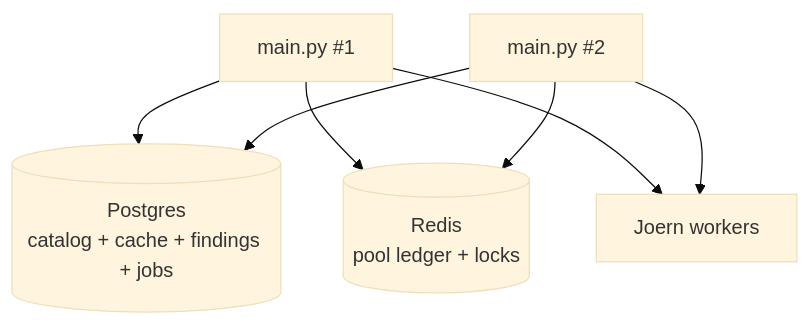
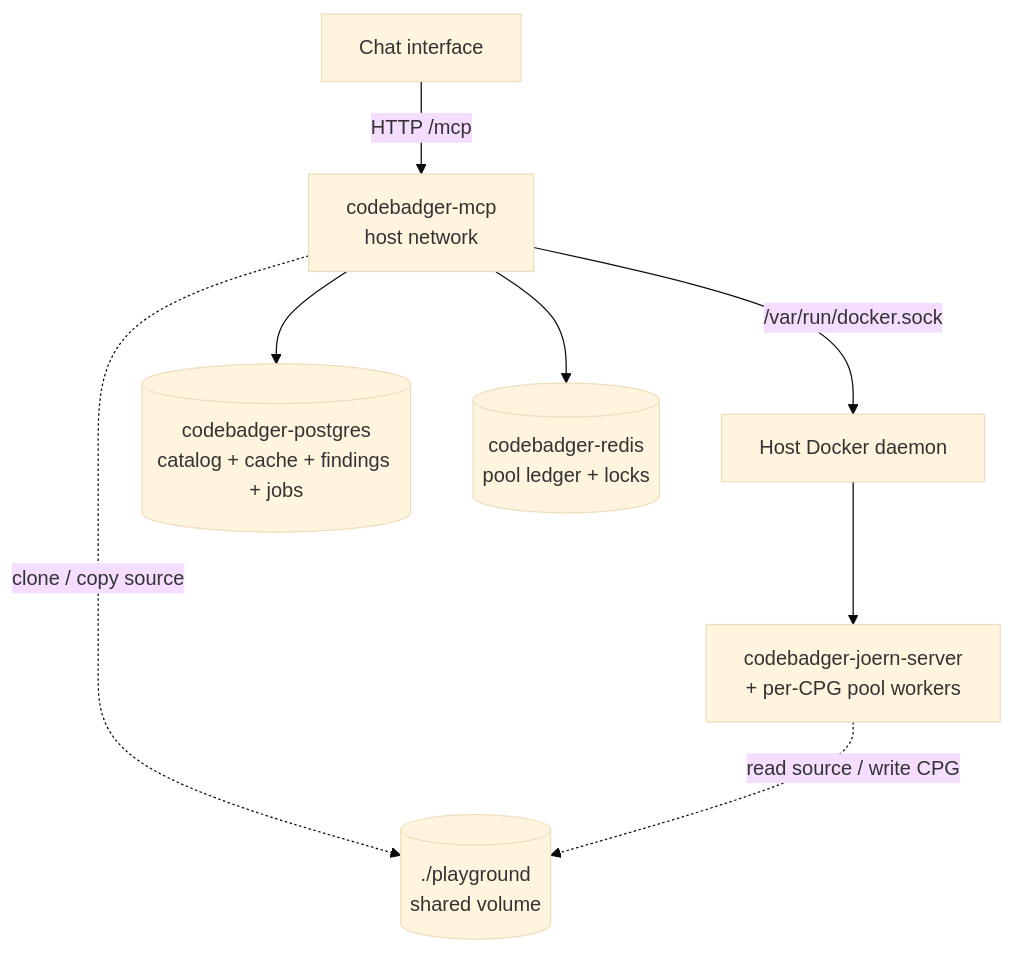
One commit to Lekssays/codebadger changed the first of 2 diagrams in docs/deployment.md. Above: the diagram before and after it, drawn with Mermaid (base theme). The commit also changed other lines of this file and 7 other files, not shown here.

````diff
--- a/docs/deployment.md
+++ b/docs/deployment.md
@@ -5,9 +8,10 @@
 ```mermaid
 flowchart TB
-    M2[main.py #1] --> PG[(Postgres<br/>catalog + cache + findings + jobs)]
-    M3[main.py #2] --> PG
-    M2 --> R[(Redis<br/>pool ledger + locks)]
-    M3 --> R
-    M2 --> W[Joern workers]
-    M3 --> W
+    Chat[Chat interface] -->|HTTP /mcp| MCP[codebadger-mcp<br/>host network]
+    MCP -->|/var/run/docker.sock| DKR[Host Docker daemon]
+    DKR --> JOERN[codebadger-joern-server<br/>+ per-CPG pool workers]
+    MCP --> PG[(codebadger-postgres<br/>catalog + cache + findings + jobs)]
+    MCP --> R[(codebadger-redis<br/>pool ledger + locks)]
+    MCP -. clone / copy source .-> PLAY[(./playground<br/>shared volume)]
+    JOERN -. read source / write CPG .-> PLAY
 ```
````
